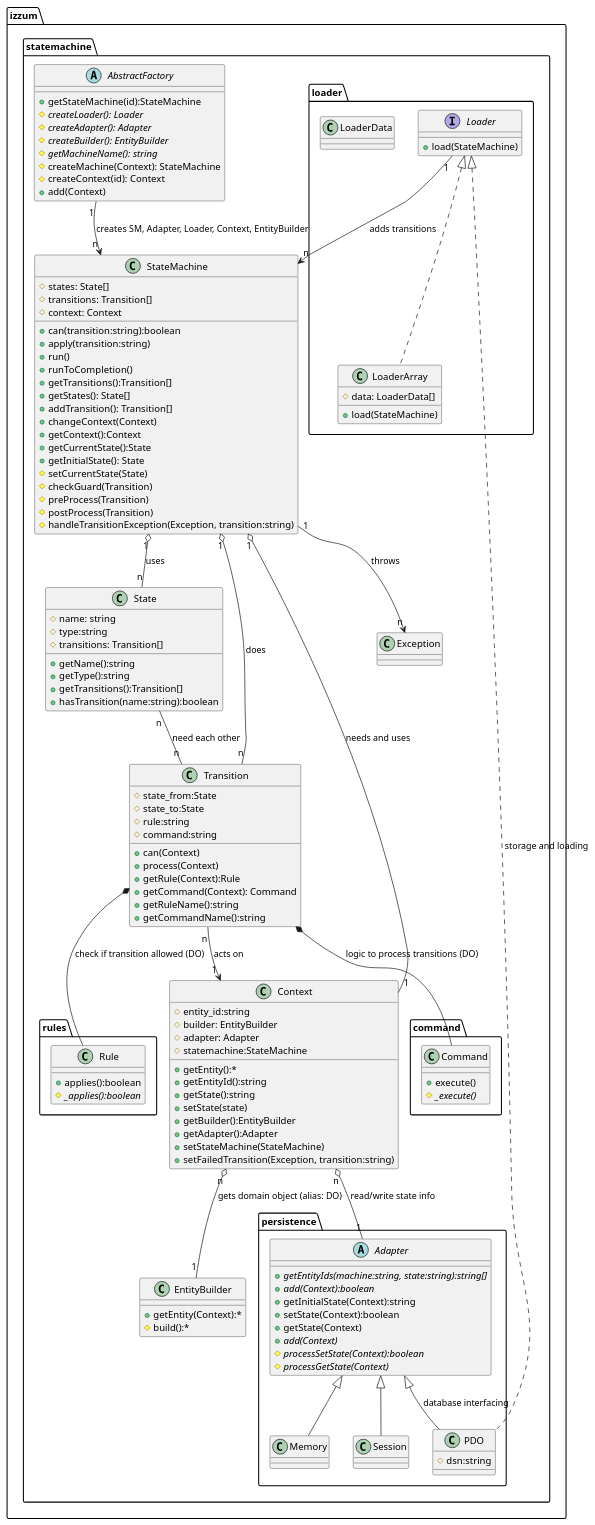
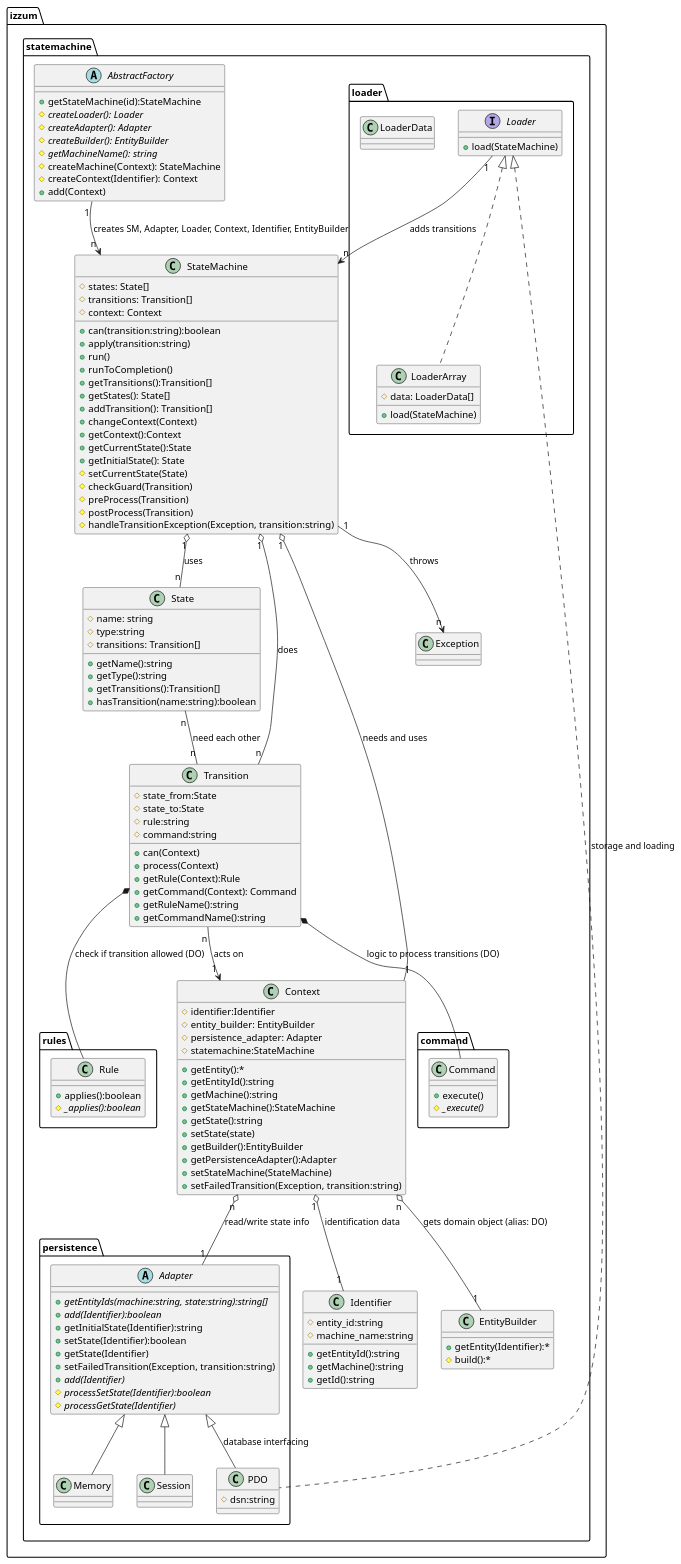
One commit to rolfvreijdenberger/izzum-statemachine changed the diagram in assets/uml/class_diagram_izzum.puml. Above: the diagram before and after it, drawn with PlantUML. The commit also changed 32 other files, not shown here.

```diff
--- a/assets/uml/class_diagram_izzum.puml
+++ b/assets/uml/class_diagram_izzum.puml
@@ -1,152 +1,164 @@
 @startuml
 
 package izzum.statemachine {
     Class StateMachine {
       # states: State[]
       # transitions: Transition[]
       # context: Context
       + can(transition:string):boolean
       + apply(transition:string)
       + run()
       + runToCompletion()
       + getTransitions():Transition[]
       + getStates(): State[]
       + addTransition(): Transition[]
       + changeContext(Context)
       + getContext():Context
       + getCurrentState():State
       + getInitialState(): State
       # setCurrentState(State)
       # checkGuard(Transition)
       # preProcess(Transition)
       # postProcess(Transition)
-      # handleTransitionException(Exception, transition:string)
-      
+      # handleTransitionException(Exception, transition:string)   
     }
+    
     Class State {
         # name: string
         # type:string
         # transitions: Transition[]
         + getName():string
         + getType():string
         + getTransitions():Transition[]
         + hasTransition(name:string):boolean
     }
     Class Transition {
         # state_from:State
         # state_to:State
         # rule:string
         # command:string
         + can(Context)
         + process(Context)
         + getRule(Context):Rule
         + getCommand(Context): Command
         + getRuleName():string
         + getCommandName():string
     }
     Class Context {
-        # entity_id:string
-        # builder: EntityBuilder
-        # adapter: Adapter
+        # identifier:Identifier
+        # entity_builder: EntityBuilder
+        # persistence_adapter: Adapter
         # statemachine:StateMachine
         + getEntity():*
         + getEntityId():string
+        + getMachine():string
+        + getStateMachine():StateMachine
         + getState():string
         + setState(state)
         + getBuilder():EntityBuilder
-        + getAdapter():Adapter
+        + getPersistenceAdapter():Adapter
         + setStateMachine(StateMachine)
         + setFailedTransition(Exception, transition:string)
     }
+    
+    Class Identifier {
+    	# entity_id:string
+    	# machine_name:string
+    	+ getEntityId():string
+    	+ getMachine():string
+    	+ getId():string
+    }
 
     Class EntityBuilder {
-        + getEntity(Context):*
+        + getEntity(Identifier):*
         # build():*
     }
     package persistence {
       abstract Class Adapter {
         + {abstract} getEntityIds(machine:string, state:string):string[]
-        + {abstract} add(Context):boolean
-        + getInitialState(Context):string
-        + setState(Context):boolean
-        + getState(Context)
-        + {abstract} add(Context)
-        # {abstract} processSetState(Context):boolean
-        # {abstract} processGetState(Context)
+        + {abstract} add(Identifier):boolean
+        + getInitialState(Identifier):string
+        + setState(Identifier):boolean
+        + getState(Identifier)
+        + setFailedTransition(Exception, transition:string)
+        + {abstract} add(Identifier)
+        # {abstract} processSetState(Identifier):boolean
+        # {abstract} processGetState(Identifier)
       }
 
       Class PDO {
         #dsn:string
       }
 
       Class Memory {
 
       }
 
       Class Session {
 
       }
 
     }
 
         abstract Class AbstractFactory {
             + getStateMachine(id):StateMachine
             # {abstract} createLoader(): Loader
             # {abstract} createAdapter(): Adapter
             # {abstract} createBuilder(): EntityBuilder
             # {abstract} getMachineName(): string
             # createMachine(Context): StateMachine
-            # createContext(id): Context
+            # createContext(Identifier): Context
             +add(Context)
         }
 
     package loader {
         Interface Loader {
           +load(StateMachine)
         }
         Class LoaderArray {
           # data: LoaderData[]
           + load(StateMachine)
         }
         Class LoaderData {
         }
     }
 
     Class Exception
 
     package command {
       Class Command {
         +execute()
         #{abstract}_execute()
       }
     }
 
     package rules {
       Class Rule {
         +applies():boolean
         #{abstract}_applies():boolean
       }
     }
 
 }
     StateMachine "1" o-- "n" State : uses
     StateMachine "1" o-- "n" Transition : does
     StateMachine "1" o-- "1" Context : needs and uses
     StateMachine "1" --> "n" Exception: throws
     Context "n" o-- "1" EntityBuilder : gets domain object (alias: DO)
     Context "n" o-- "1" Adapter : read/write state info
+    Context "1" o-- "1" Identifier : identification data
     State "n" -- "n" Transition : need each other
     Adapter <|-- Memory
     Adapter <|-- PDO : database interfacing
     Adapter <|-- Session
     Loader <|.. PDO : storage and loading
     Loader <|.. LoaderArray 
     Transition *-- Command : logic to process transitions (DO)
     Transition *-- Rule : check if transition allowed (DO)
     Transition "n" --> "1" Context : acts on
-    AbstractFactory "1" --> "n" StateMachine: creates SM, Adapter, Loader, Context, EntityBuilder
+    AbstractFactory "1" --> "n" StateMachine: creates SM, Adapter, Loader, Context, Identifier, EntityBuilder
     Loader "1" --> "n" StateMachine : adds transitions
 
 
 
 @enduml
```
